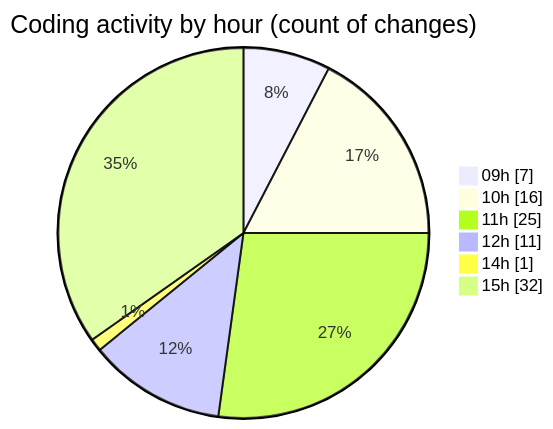
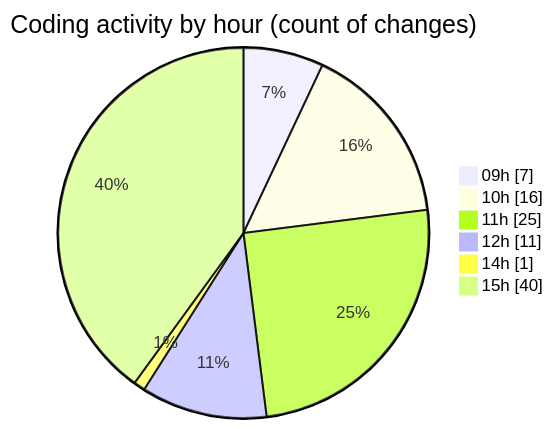
Before and after one commit to momahboobian/code-tracking: the second of 2 diagrams in 2025-02-13/cda/README.md, drawn with Mermaid. The commit also changed other lines of this file and 1 other file, not shown here.

````diff
--- a/2025-02-13/cda/README.md
+++ b/2025-02-13/cda/README.md
@@ -42,10 +42,10 @@
 ```mermaid
 pie showData
 title Coding activity by hour (count of changes)
 "09h" : 7
 "10h" : 16
 "11h" : 25
 "12h" : 11
 "14h" : 1
-"15h" : 32
+"15h" : 40
 ```
````
